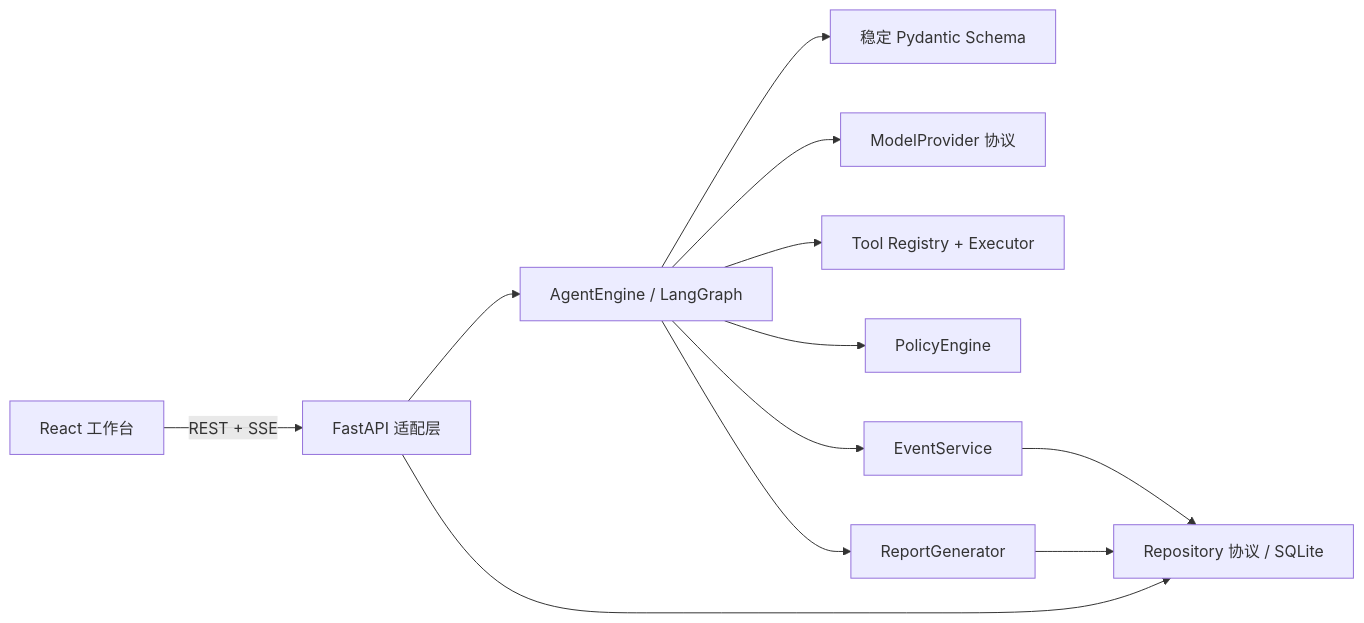
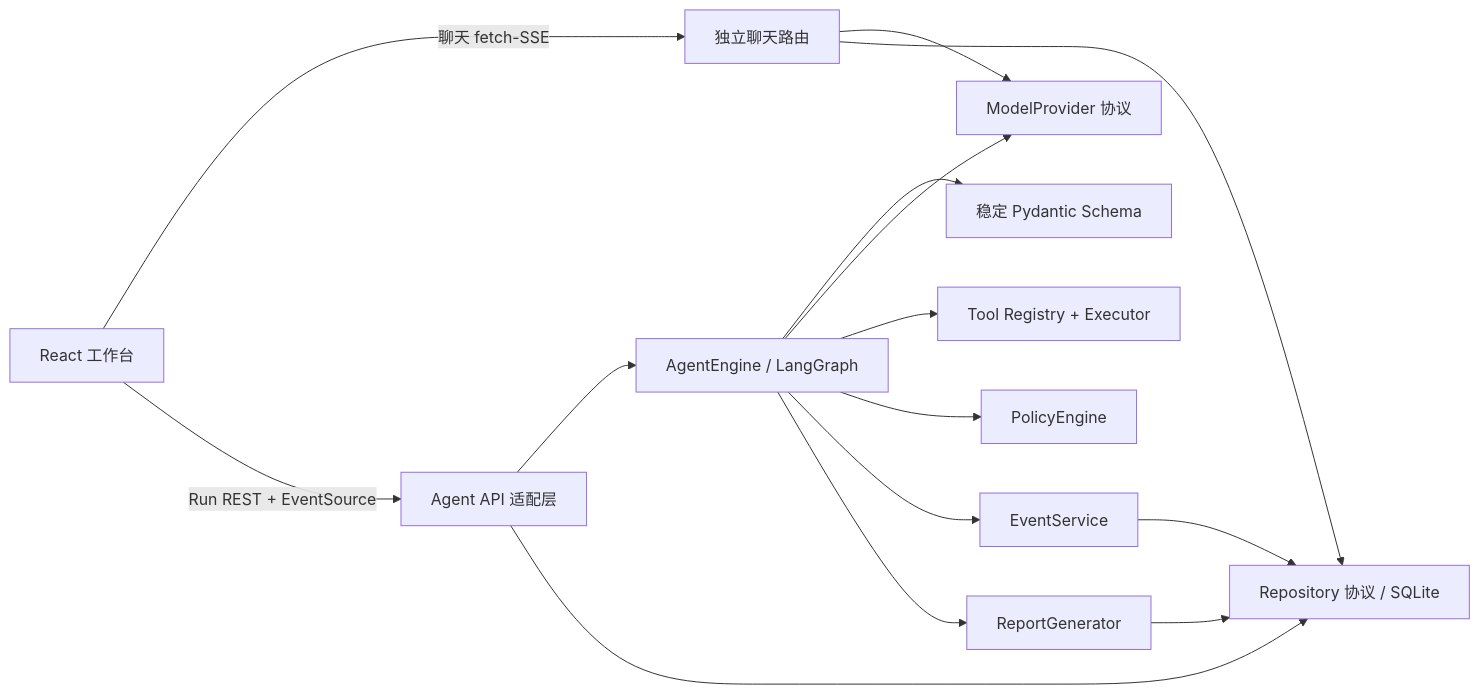
One commit to fuyao0612/gdaib-ctf-agent changed the first of 2 diagrams in docs/architecture.md. Above: the diagram before and after it, drawn with Mermaid. The commit also changed other lines of this file and 17 other files, not shown here.

````diff
--- a/docs/architecture.md
+++ b/docs/architecture.md
@@ -9,14 +9,17 @@
 ```mermaid
 flowchart LR
-  Web["React 工作台"] -->|REST + SSE| API["FastAPI 适配层"]
+  Web["React 工作台"] -->|聊天 fetch-SSE| Chat["独立聊天路由"]
+  Web -->|Run REST + EventSource| API["Agent API 适配层"]
+  Chat --> Provider["ModelProvider 协议"]
+  Chat --> Repo["Repository 协议 / SQLite"]
   API --> Agent["AgentEngine / LangGraph"]
   API --> Repo["Repository 协议 / SQLite"]
   Agent --> Domain["稳定 Pydantic Schema"]
-  Agent --> Provider["ModelProvider 协议"]
+  Agent --> Provider
   Agent --> Tools["Tool Registry + Executor"]
   Agent --> Policy["PolicyEngine"]
   Agent --> Events["EventService"]
   Events --> Repo
   Agent --> Reports["ReportGenerator"]
   Reports --> Repo
 ```
````
